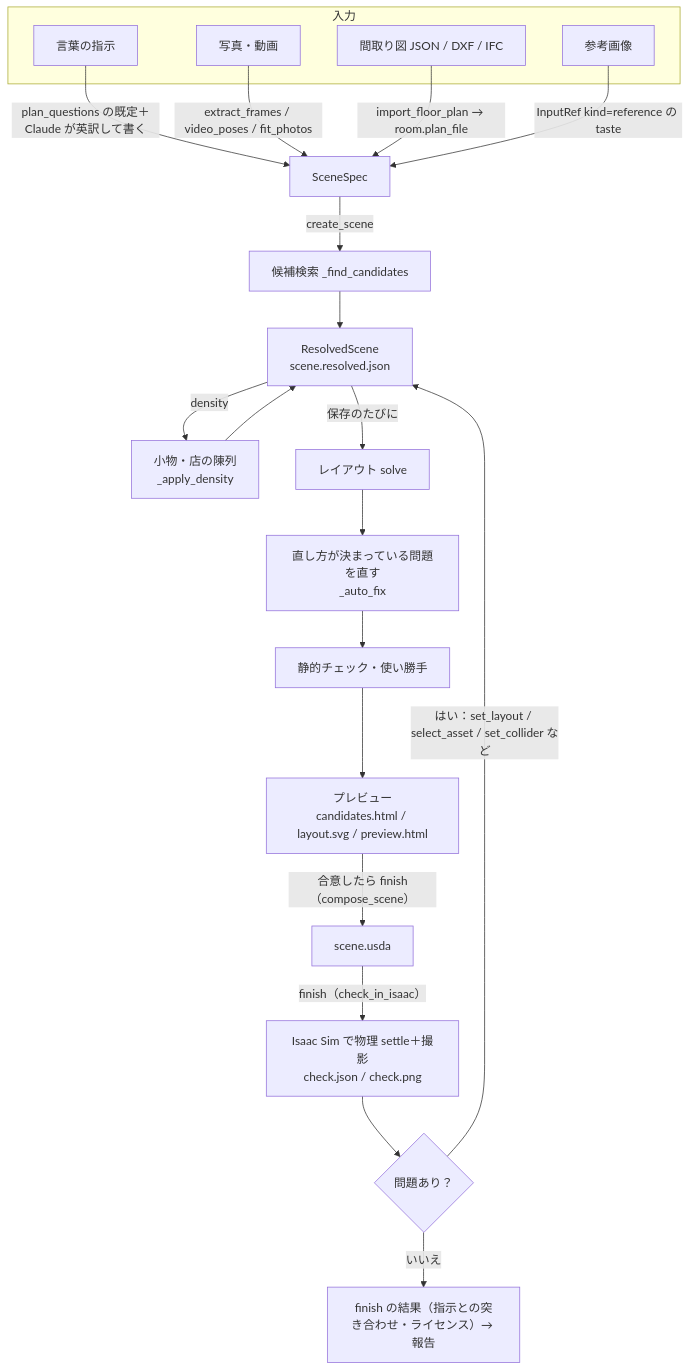
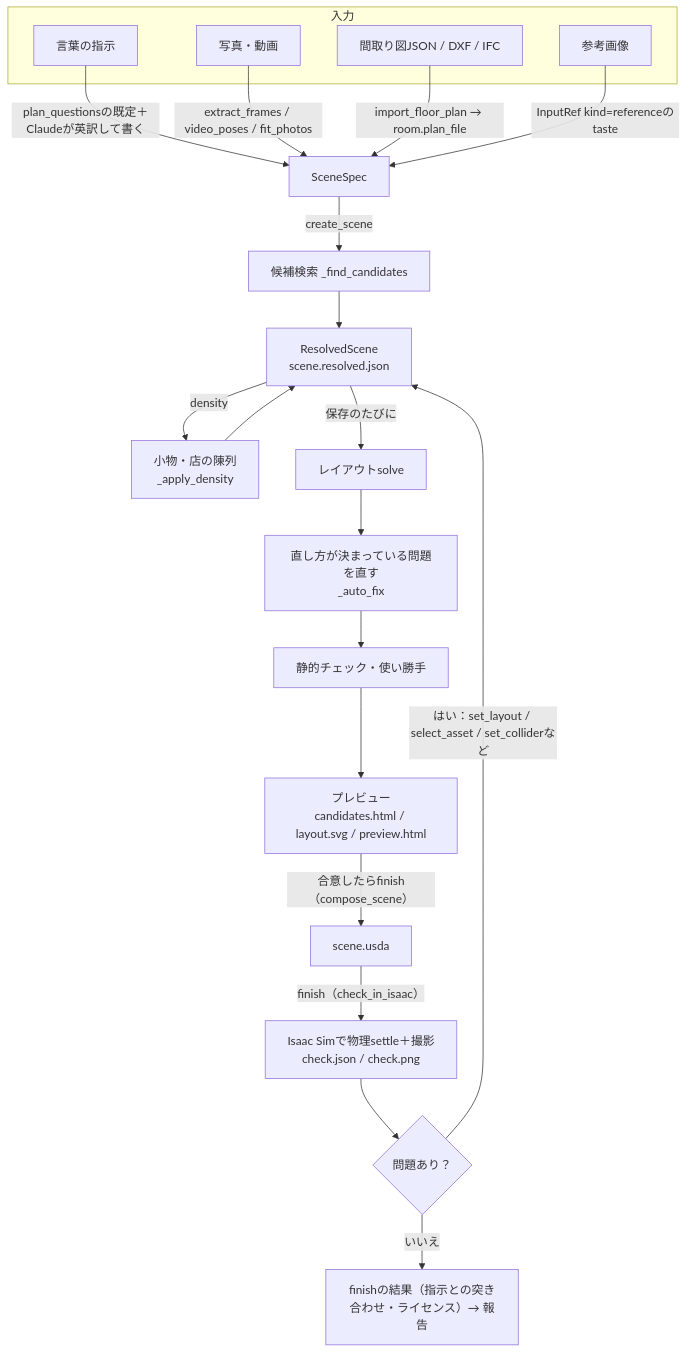
One commit to atinfinity/agentic-sim-world-gen changed the first of 9 diagrams in docs/architecture.md. Above: the diagram before and after it, drawn with Mermaid. The commit also changed other lines of this file and 4 other files, not shown here.

Commit message:
Japanese docs: drop half-width spaces between Japanese and ASCII in the mermaid diagrams too

````diff
--- a/docs/architecture.md
+++ b/docs/architecture.md
@@ -24,28 +24,28 @@
 ```mermaid
 flowchart TD
     subgraph inputs["入力"]
         nl["言葉の指示"]
         photo["写真・動画"]
-        plan["間取り図 JSON / DXF / IFC"]
+        plan["間取り図JSON / DXF / IFC"]
         ref["参考画像"]
     end
 
-    nl -->|"plan_questions の既定＋Claude が英訳して書く"| spec["SceneSpec"]
+    nl -->|"plan_questionsの既定＋Claudeが英訳して書く"| spec["SceneSpec"]
     photo -->|"extract_frames / video_poses / fit_photos"| spec
     plan -->|"import_floor_plan → room.plan_file"| spec
-    ref -->|"InputRef kind=reference の taste"| spec
+    ref -->|"InputRef kind=referenceのtaste"| spec
 
     spec -->|"create_scene"| search["候補検索 _find_candidates"]
     search --> resolved["ResolvedScene<br/>scene.resolved.json"]
     resolved -->|"density"| decor["小物・店の陳列<br/>_apply_density"]
     decor --> resolved
-    resolved -->|"保存のたびに"| solve["レイアウト solve"]
+    resolved -->|"保存のたびに"| solve["レイアウトsolve"]
     solve --> autofix["直し方が決まっている問題を直す<br/>_auto_fix"]
     autofix --> checks["静的チェック・使い勝手"]
     checks --> preview["プレビュー<br/>candidates.html / layout.svg / preview.html"]
-    preview -->|"合意したら finish（compose_scene）"| usd["scene.usda"]
-    usd -->|"finish（check_in_isaac）"| isaac["Isaac Sim で物理 settle＋撮影<br/>check.json / check.png"]
+    preview -->|"合意したらfinish（compose_scene）"| usd["scene.usda"]
+    usd -->|"finish（check_in_isaac）"| isaac["Isaac Simで物理settle＋撮影<br/>check.json / check.png"]
     isaac --> fix{"問題あり？"}
-    fix -->|"はい：set_layout / select_asset / set_collider など"| resolved
-    fix -->|"いいえ"| report["finish の結果（指示との突き合わせ・ライセンス）→ 報告"]
+    fix -->|"はい：set_layout / select_asset / set_colliderなど"| resolved
+    fix -->|"いいえ"| report["finishの結果（指示との突き合わせ・ライセンス）→ 報告"]
 ```
````
